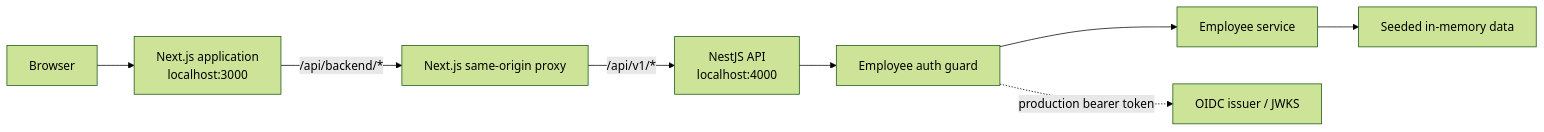
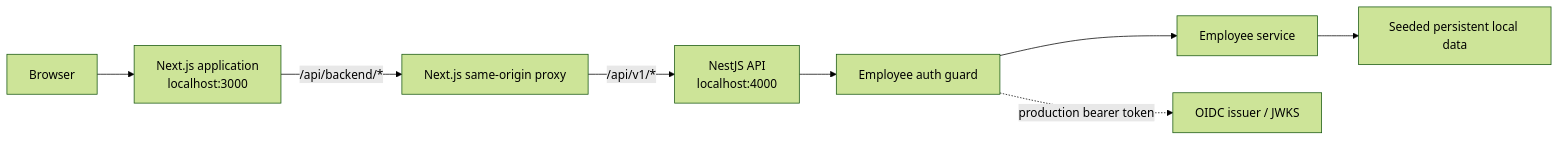
The diagram in README.md (Tanvesh18/PulseAI), drawn with Mermaid (forest theme) before and after one commit. The commit also changed other lines of this file and 39 other files, not shown here.

````diff
--- a/README.md
+++ b/README.md
@@ -92,10 +92,10 @@
 ```mermaid
 flowchart LR
     B[Browser] --> N[Next.js application<br/>localhost:3000]
     N -->|/api/backend/*| P[Next.js same-origin proxy]
     P -->|/api/v1/*| A[NestJS API<br/>localhost:4000]
     A --> G[Employee auth guard]
     G --> S[Employee service]
-    S --> D[Seeded in-memory data]
+    S --> D[Seeded persistent local data]
     G -. production bearer token .-> I[OIDC issuer / JWKS]
 ```
````
